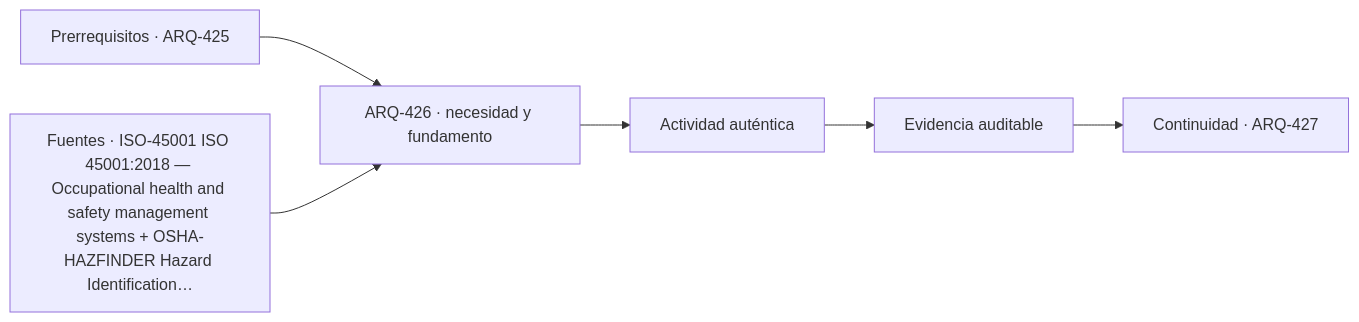
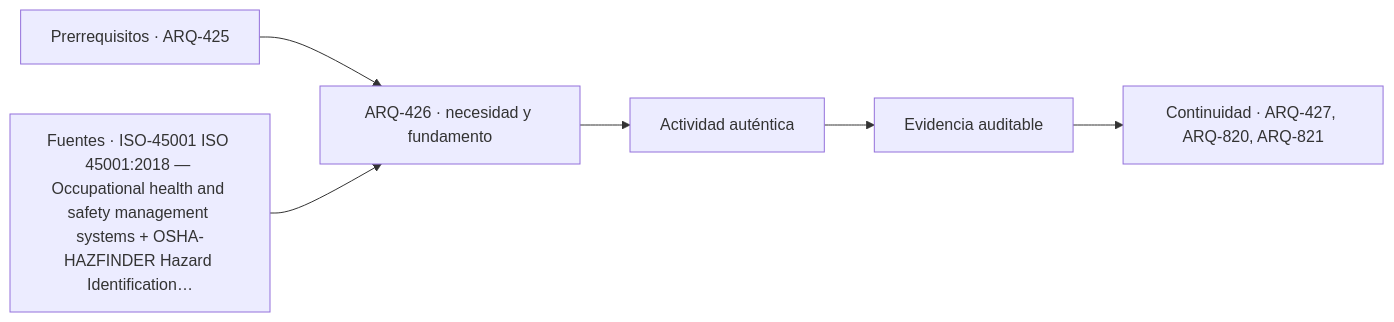
Before and after one commit to vladimiracunadev-create/architecture-built-environment-learning-program: the diagram in classes/parte-43/ARQ-426.md, drawn with Mermaid. The commit also changed other lines of this file and 234 other files, not shown here.

````diff
--- a/classes/parte-43/ARQ-426.md
+++ b/classes/parte-43/ARQ-426.md
@@ -87,8 +87,8 @@
 ```mermaid
 flowchart LR
     A["Prerrequisitos · ARQ-425"] --> B["ARQ-426 · necesidad y fundamento"]
     S["Fuentes · ISO-45001 ISO 45001:2018 — Occupational health and safety management systems + OSHA-HAZFINDER Hazard Identification…"] --> B
     B --> C["Actividad auténtica"]
     C --> D["Evidencia auditable"]
-    D --> E["Continuidad · ARQ-427"]
+    D --> E["Continuidad · ARQ-427, ARQ-820, ARQ-821"]
 ```
````
